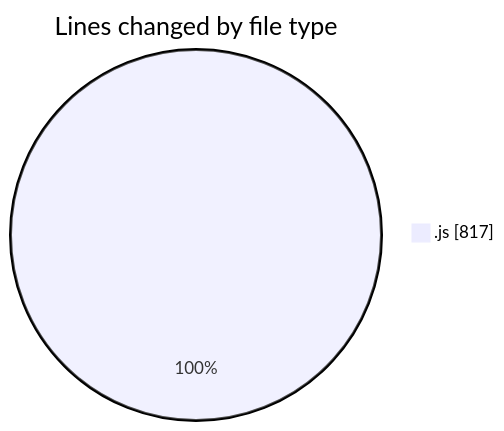
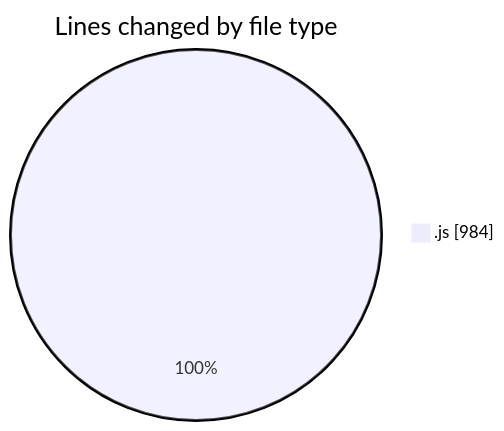
The first of 2 diagrams in 2025-07-31/javascript/README.md (Ritupan-Deka/code-tracking), drawn with Mermaid before and after one commit. The commit also changed other lines of this file and 1 other file, not shown here.

````diff
--- a/2025-07-31/javascript/README.md
+++ b/2025-07-31/javascript/README.md
@@ -21,5 +21,5 @@
 ```mermaid
 pie showData
 title Lines changed by file type
-".js" : 817
+".js" : 984
 ```
````
